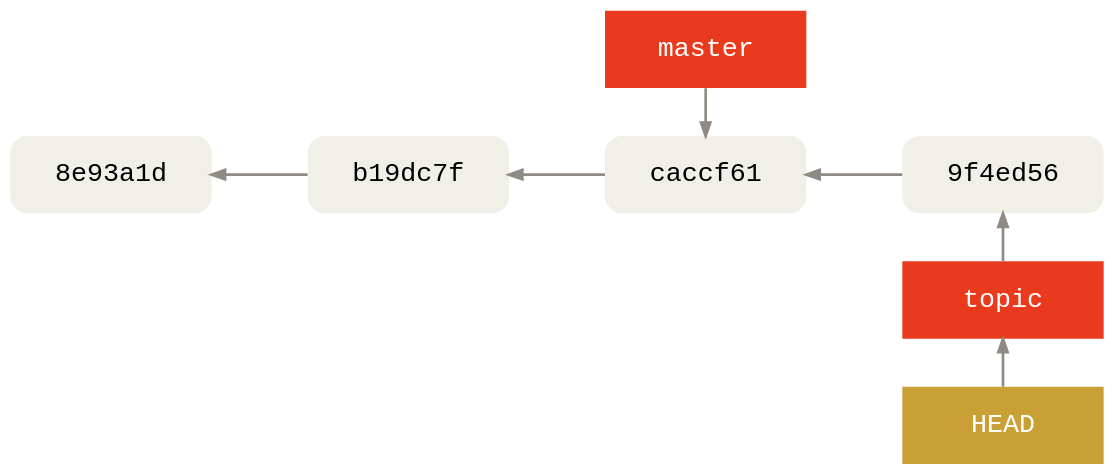
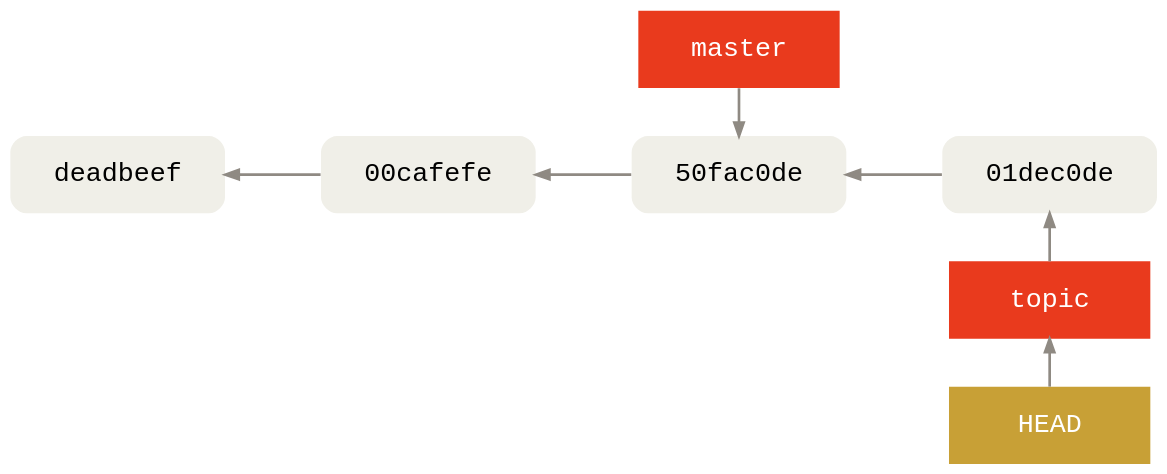
Before and after one commit to agross/git-reveal: the diagram in images/branching/5-advance-topic.gv, drawn with Graphviz. The commit also changed 26 other files, not shown here.

```diff
--- a/images/branching/5-advance-topic.gv
+++ b/images/branching/5-advance-topic.gv
@@ -1,45 +1,45 @@
 digraph Git {
   bgcolor="transparent"
 
   rankdir=LR
   ranksep=1
   nodesep=.5
 
   edge [color="#8f8a83"
         penwidth=2
         dir="back"]
   node [shape=box
         fontname="Menlo, Monaco, Consolas, Lucida Console, Courier New, monospace"
         fontsize=20
         margin=".45,.25"
         width=2.1
         penwidth=0]
 
   node [style="rounded,filled"
         fillcolor="#f0efe8"]
-  A [label="8e93a1d"]
-  B [label="b19dc7f"]
-  C [label="caccf61"]
-  D [label="9f4ed56"]
+  A [label="deadbeef"]
+  B [label="00cafefe"]
+  C [label="50fac0de"]
+  D [label="01dec0de"]
 
   node [style="filled"
         fontcolor="#ffffff"
         fillcolor="#e93a1d"]
   HEAD [fillcolor="#c8a036"]
 
   A -> B -> C -> D
 
   subgraph cluster_master {
     style=invis
     {
       rank=same
       C -> master
     }
   }
 
   // No cluster draws label below.
   {
     rank=same
     D -> topic -> HEAD
   }
 }
```
